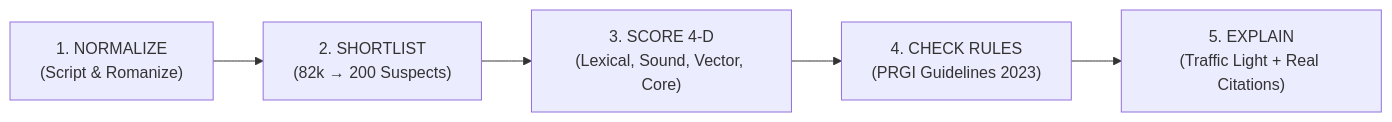
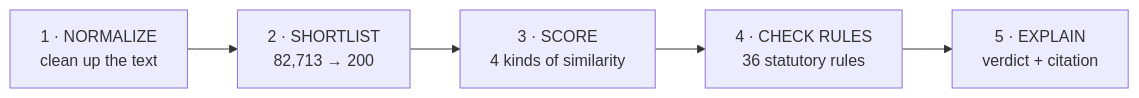
The diagram in README.md (divvyesk/prgi-title-verify), drawn with Mermaid before and after one commit. The commit also changed other lines of this file and 1 other file, not shown here.

````diff
--- a/README.md
+++ b/README.md
@@ -50,7 +43,7 @@
 ```mermaid
 graph LR
-    S1["1. NORMALIZE<br/>(Script & Romanize)"] --> S2["2. SHORTLIST<br/>(82k → 200 Suspects)"]
-    S2 --> S3["3. SCORE 4-D<br/>(Lexical, Sound, Vector, Core)"]
-    S3 --> S4["4. CHECK RULES<br/>(PRGI Guidelines 2023)"]
-    S4 --> S5["5. EXPLAIN<br/>(Traffic Light + Real Citations)"]
+    S1["1 · NORMALIZE<br/>clean up the text"] --> S2["2 · SHORTLIST<br/>82,713 → 200"]
+    S2 --> S3["3 · SCORE<br/>4 kinds of similarity"]
+    S3 --> S4["4 · CHECK RULES<br/>36 statutory rules"]
+    S4 --> S5["5 · EXPLAIN<br/>verdict + citation"]
 ```
````
